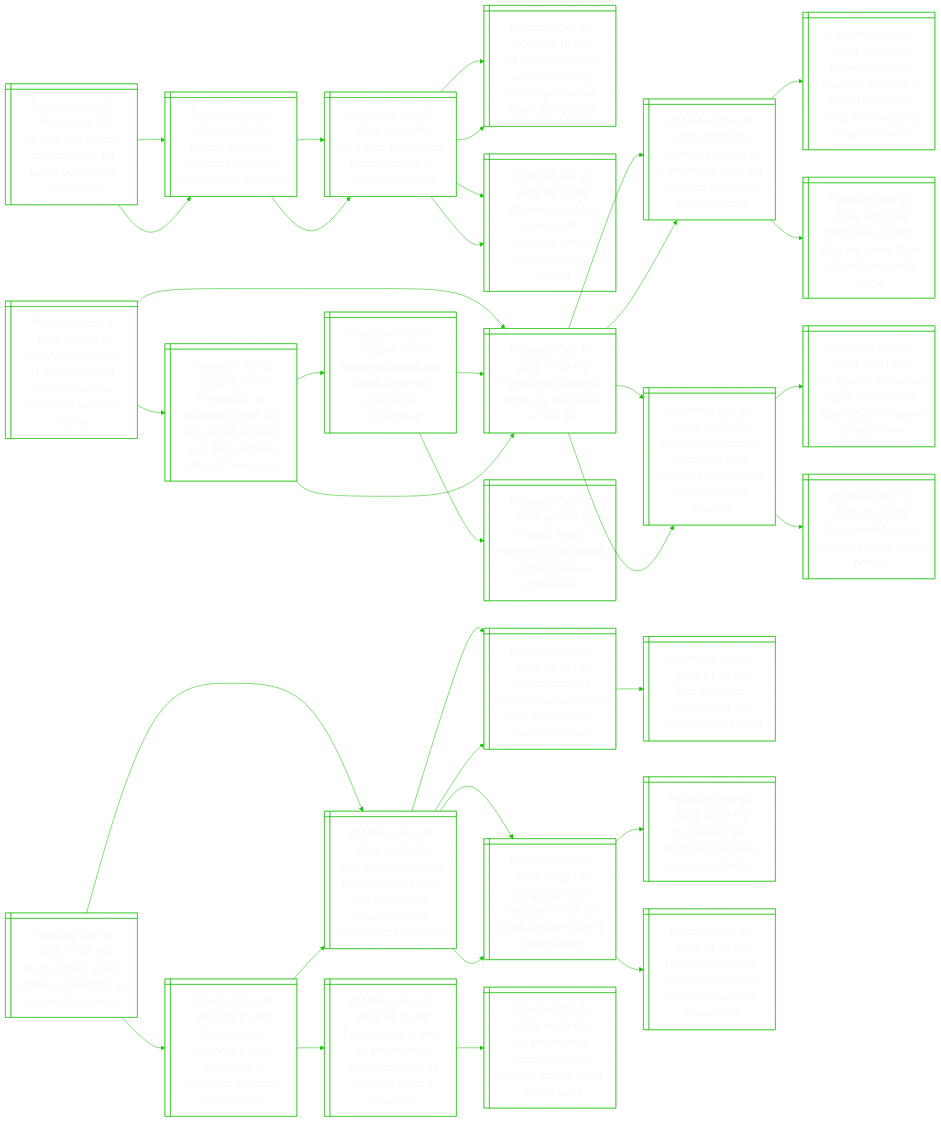
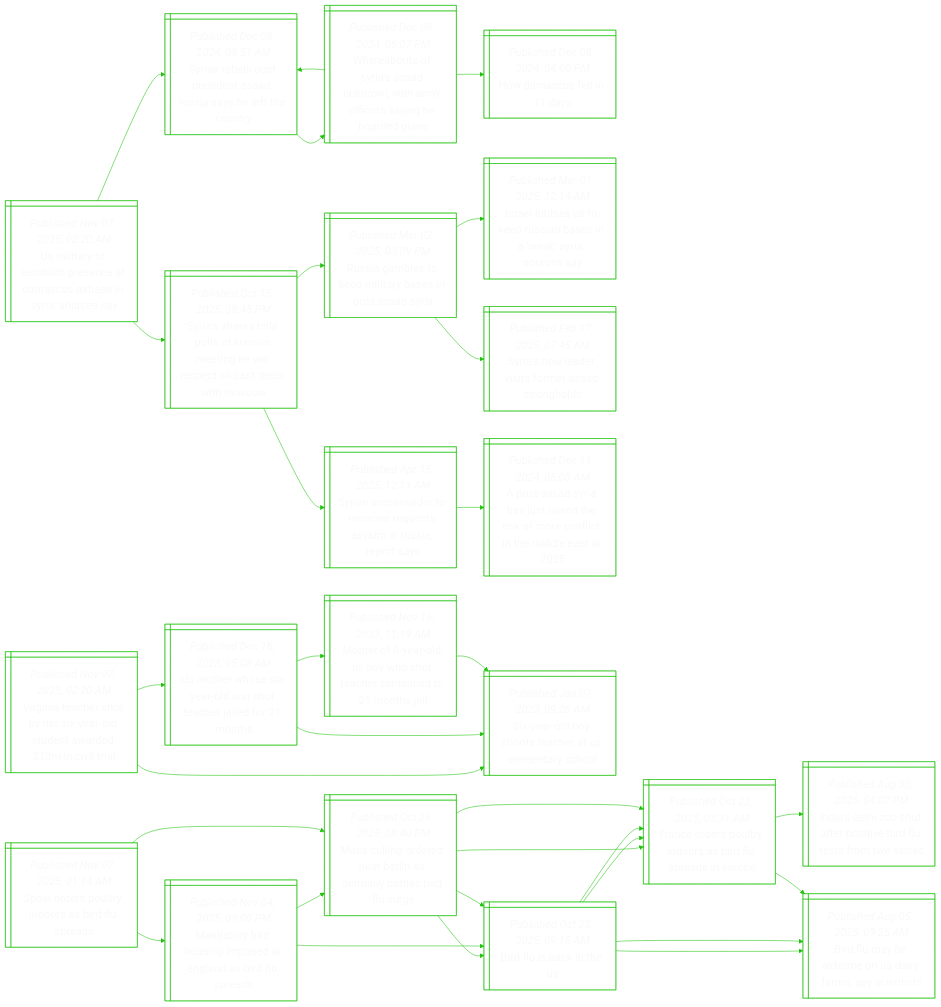
Before and after one commit to notJmes/notJmes: the diagram in README.md, drawn with Mermaid. The commit also changed other lines of this file, not shown here.

````diff
--- a/README.md
+++ b/README.md
@@ -16,118 +16,103 @@
 flowchart LR
 classDef txtsize font-size:20px;
 
-UnlsoririWrci@{ shape: win-pane, label: "_Published Nov 06, 2025, 11:21 PM_
-Ukraine jails russian soldier for life for killing pow in first such ruling" }
-RatlcUnrewC@{ shape: win-pane, label: "_Published Sep 26, 2025, 01:22 AM_
-Russia ‘arbitrarily’ executes ukrainian prisoners of war: osce" }
-Umtisoersl@{ shape: win-pane, label: "_Published Sep 23, 2025, 10:17 PM_
-Un slams ‘systematic’ russian torture of ukraine’s civilians" }
-Unlysregsniak@{ shape: win-pane, label: "_Published Sep 21, 2025, 12:18 AM_
-Ukraine’s zelensky plans new trump meeting as russia intensifies attacks" }
-Unstilaciaarn@{ shape: win-pane, label: "_Published Sep 23, 2025, 09:27 PM_
-Ukraine says it hit russian oil infrastructure in bryansk, samara regions" }
-RatlcUnrewC@{ shape: win-pane, label: "_Published Sep 26, 2025, 01:22 AM_
-Russia ‘arbitrarily’ executes ukrainian prisoners of war: osce" }
-Umtisoersl@{ shape: win-pane, label: "_Published Sep 23, 2025, 10:17 PM_
-Un slams ‘systematic’ russian torture of ukraine’s civilians" }
-Unlysregsniak@{ shape: win-pane, label: "_Published Sep 21, 2025, 12:18 AM_
-Ukraine’s zelensky plans new trump meeting as russia intensifies attacks" }
-Unstilaciaarn@{ shape: win-pane, label: "_Published Sep 23, 2025, 09:27 PM_
-Ukraine says it hit russian oil infrastructure in bryansk, samara regions" }
+Uitahetsierus@{ shape: win-pane, label: "_Published Nov 07, 2025, 02:20 AM_
+Us military to establish presence at damascus airbase in syria, sources say" }
+SnltiARahtoy@{ shape: win-pane, label: "_Published Dec 08, 2024, 08:51 AM_
+Syrian rebels oust president assad; russia says he left the country" }
+Wasrsnnafriben@{ shape: win-pane, label: "_Published Dec 08, 2024, 06:07 PM_
+Whereabouts of syria's assad unknown, with army officers saying he boarded plane" }
+SnltiARahtoy@{ shape: win-pane, label: "_Published Dec 08, 2024, 08:51 AM_
+Syrian rebels oust president assad; russia says he left the country" }
+Hmsis@{ shape: win-pane, label: "_Published Dec 08, 2024, 04:00 PM_
+How damascus fell in 11 days" }
+Ssalirniwetaatc@{ shape: win-pane, label: "_Published Oct 15, 2025, 08:45 PM_
+Syria’s sharaa tells putin at kremlin meeting he will respect all past deals with moscow" }
+Ralkireosr@{ shape: win-pane, label: "_Published Mar 02, 2025, 03:09 PM_
+Russia gambles to keep military bases in post-assad syria" }
+IlitpisaSse@{ shape: win-pane, label: "_Published Mar 01, 2025, 12:14 AM_
+Israel lobbies us to keep russian bases in a ‘weak’ syria, sources say" }
+Ssevseaol@{ shape: win-pane, label: "_Published Feb 17, 2025, 07:45 AM_
+Syria’s new leader visits former assad strongholds" }
+SnsrsetlRars@{ shape: win-pane, label: "_Published Apr 15, 2025, 12:11 AM_
+Syrian ambassador to moscow requests asylum in russia, report says" }
+AAShsseoelniEn@{ shape: win-pane, label: "_Published Dec 11, 2024, 05:00 AM_
+A post-assad syria has just raised the risk of more conflict in the middle east in 2025" }
 
-UnlsoririWrci:::txtsize --> RatlcUnrewC:::txtsize
-RatlcUnrewC:::txtsize --> Umtisoersl:::txtsize
-Umtisoersl:::txtsize --> Unlysregsniak:::txtsize
-Umtisoersl:::txtsize --> Unstilaciaarn:::txtsize
-UnlsoririWrci:::txtsize --> RatlcUnrewC:::txtsize
-RatlcUnrewC:::txtsize --> Umtisoersl:::txtsize
-Umtisoersl:::txtsize --> Unlysregsniak:::txtsize
-Umtisoersl:::txtsize --> Unstilaciaarn:::txtsize
+Uitahetsierus:::txtsize --> SnltiARahtoy:::txtsize
+SnltiARahtoy:::txtsize --> Wasrsnnafriben:::txtsize
+Wasrsnnafriben:::txtsize --> SnltiARahtoy:::txtsize
+Wasrsnnafriben:::txtsize --> Hmsis:::txtsize
+Uitahetsierus:::txtsize --> Ssalirniwetaatc:::txtsize
+Ssalirniwetaatc:::txtsize --> Ralkireosr:::txtsize
+Ralkireosr:::txtsize --> IlitpisaSse:::txtsize
+Ralkireosr:::txtsize --> Ssevseaol:::txtsize
+Ssalirniwetaatc:::txtsize --> SnsrsetlRars:::txtsize
+SnsrsetlRars:::txtsize --> AAShsseoelniEn:::txtsize
 
-BsnhnSfeIeeoeh@{ shape: win-pane, label: "_Published Nov 06, 2025, 11:15 PM_
-British grandmother lindsay sandiford leaves indonesia death row to return home" }
-FiIeeoeew@{ shape: win-pane, label: "_Published Dec 17, 2024, 11:51 PM_
-Filipina on indonesia death row flies home to ‘new life’" }
-IegtnFiawcchln@{ shape: win-pane, label: "_Published Nov 20, 2024, 08:05 PM_
-Indonesia agrees to transfer filipina death row drug convict to the philippines" }
-Sahursnhpfllggcn@{ shape: win-pane, label: "_Published Sep 28, 2023, 12:42 PM_
-S’porean mother, daughter arrested in the philippines for allegedly smuggling 14kg of cocaine" }
-PpSegrundDtw@{ shape: win-pane, label: "_Published Nov 02, 2024, 10:00 AM_
-Philippine senate’s drug war probe turns into rodrigo duterte show" }
-FiIeeosnartlnie@{ shape: win-pane, label: "_Published Dec 13, 2024, 04:49 PM_
-Filipina on indonesia death row says planned transfer back to philippines a ‘miracle’" }
-PpsnaoaftiFidr@{ shape: win-pane, label: "_Published Dec 06, 2024, 10:41 AM_
-Philippines, indonesia agree on details of repatriation of filipina on death row" }
-Freaegehl@{ shape: win-pane, label: "_Published Sep 17, 2024, 05:55 PM_
-Four arrested in bali over drugs face death penalty" }
-Fhnndrrsrrocldpn@{ shape: win-pane, label: "_Published Jul 18, 2025, 06:47 PM_
-Frenchman on indonesia death row for almost 20 years over drug offences released from prison" }
-Ieaveeosfpa@{ shape: win-pane, label: "_Published Feb 04, 2025, 08:45 PM_
-Indonesia hands over french death row prisoner for repatriation" }
-FiIeeoeew@{ shape: win-pane, label: "_Published Dec 17, 2024, 11:51 PM_
-Filipina on indonesia death row flies home to ‘new life’" }
-Fiaxensrhnie@{ shape: win-pane, label: "_Published Dec 18, 2024, 08:15 AM_
-Filipina nearly executed in indonesia arrives home in philippines" }
-FiIeeoeew@{ shape: win-pane, label: "_Published Dec 17, 2024, 11:51 PM_
-Filipina on indonesia death row flies home to ‘new life’" }
-IegtnFiawcchln@{ shape: win-pane, label: "_Published Nov 20, 2024, 08:05 PM_
-Indonesia agrees to transfer filipina death row drug convict to the philippines" }
-FiIeeosnartlnie@{ shape: win-pane, label: "_Published Dec 13, 2024, 04:49 PM_
-Filipina on indonesia death row says planned transfer back to philippines a ‘miracle’" }
+Vnasyirttdnll@{ shape: win-pane, label: "_Published Nov 07, 2025, 02:20 AM_
+Virginia teacher shot by her six-year-old student awarded $13m in civil trial" }
+Saboerensl@{ shape: win-pane, label: "_Published Jan 07, 2023, 09:26 AM_
+Six-year-old boy shoots teacher at us elementary school" }
+Uhoxontelrh@{ shape: win-pane, label: "_Published Dec 16, 2023, 05:08 AM_
+Us mother whose six-year-old son shot teacher jailed for 21 months" }
+Saboerensl@{ shape: win-pane, label: "_Published Jan 07, 2023, 09:26 AM_
+Six-year-old boy shoots teacher at us elementary school" }
+MraUwocecms@{ shape: win-pane, label: "_Published Nov 16, 2023, 11:19 AM_
+Mother of 6-year-old us boy who shot teacher sentenced to 21 months jail" }
+Saboerensl@{ shape: win-pane, label: "_Published Jan 07, 2023, 09:26 AM_
+Six-year-old boy shoots teacher at us elementary school" }
 
-BsnhnSfeIeeoeh:::txtsize --> FiIeeoeew:::txtsize
-FiIeeoeew:::txtsize --> IegtnFiawcchln:::txtsize
-IegtnFiawcchln:::txtsize --> Sahursnhpfllggcn:::txtsize
-IegtnFiawcchln:::txtsize --> PpSegrundDtw:::txtsize
-FiIeeoeew:::txtsize --> FiIeeosnartlnie:::txtsize
-FiIeeosnartlnie:::txtsize --> PpsnaoaftiFidr:::txtsize
-FiIeeosnartlnie:::txtsize --> Freaegehl:::txtsize
-BsnhnSfeIeeoeh:::txtsize --> Fhnndrrsrrocldpn:::txtsize
-Fhnndrrsrrocldpn:::txtsize --> Ieaveeosfpa:::txtsize
-Ieaveeosfpa:::txtsize --> FiIeeoeew:::txtsize
-Ieaveeosfpa:::txtsize --> Fiaxensrhnie:::txtsize
-Fhnndrrsrrocldpn:::txtsize --> FiIeeoeew:::txtsize
-FiIeeoeew:::txtsize --> IegtnFiawcchln:::txtsize
-FiIeeoeew:::txtsize --> FiIeeosnartlnie:::txtsize
+Vnasyirttdnll:::txtsize --> Saboerensl:::txtsize
+Vnasyirttdnll:::txtsize --> Uhoxontelrh:::txtsize
+Uhoxontelrh:::txtsize --> Saboerensl:::txtsize
+Uhoxontelrh:::txtsize --> MraUwocecms:::txtsize
+MraUwocecms:::txtsize --> Saboerensl:::txtsize
 
-Utsanritlss@{ shape: win-pane, label: "_Published Nov 06, 2025, 11:05 PM_
-Us shutdown sends airlines scrambling as travel chaos looms" }
-TaitroguaSouomhw@{ shape: win-pane, label: "_Published Nov 06, 2025, 06:35 AM_
-Trump administration orders 10% of flights cut at major us airports due to government shutdown" }
-Ueniunmaayat@{ shape: win-pane, label: "_Published Oct 01, 2025, 12:02 PM_
-Us government begins shutdown that may lead to mass layoffs and cuts" }
-TsSrtpbun@{ shape: win-pane, label: "_Published Oct 01, 2025, 01:49 AM_
-Trump says us government will ‘probably’ shut down" }
-Lsounsrfakni@{ shape: win-pane, label: "_Published Nov 05, 2025, 04:22 PM_
-Longest us govt shutdown tests air travel, federal workers and patience" }
-Uentbegno@{ shape: win-pane, label: "_Published Nov 05, 2025, 02:27 PM_
-Us government shutdown becomes longest in history" }
-Unnagnsotcaa@{ shape: win-pane, label: "_Published Oct 30, 2025, 11:50 AM_
-Us economy in the dark as government shutdown cuts off crucial data" }
-Tbscaomhwoot@{ shape: win-pane, label: "_Published Nov 06, 2025, 07:21 AM_
-Trump blasts democrats as us government shutdown becomes longest ever" }
-TaitroguaSouomhw@{ shape: win-pane, label: "_Published Nov 06, 2025, 06:35 AM_
-Trump administration orders 10% of flights cut at major us airports due to government shutdown" }
-Ueniunmaayat@{ shape: win-pane, label: "_Published Oct 01, 2025, 12:02 PM_
-Us government begins shutdown that may lead to mass layoffs and cuts" }
-Lsounsrfakni@{ shape: win-pane, label: "_Published Nov 05, 2025, 04:22 PM_
-Longest us govt shutdown tests air travel, federal workers and patience" }
-Frmognsonpewei@{ shape: win-pane, label: "_Published Nov 04, 2025, 08:32 AM_
-For first time in long us government shutdown, hints of progress toward reopening" }
-Uentesnknih@{ shape: win-pane, label: "_Published Oct 06, 2025, 09:01 PM_
-Us government shutdown enters second week with no end in sight" }
+Sostdadps@{ shape: win-pane, label: "_Published Nov 07, 2025, 01:14 AM_
+Spain orders poultry indoors as bird flu spreads" }
+Mtiuiendrsd@{ shape: win-pane, label: "_Published Nov 04, 2025, 09:00 PM_
+Mandatory bird housing imposed in england as bird flu spreads" }
+MugralGntiue@{ shape: win-pane, label: "_Published Oct 26, 2025, 08:40 PM_
+Mass culling ordered near berlin as germany battles bird flu surge" }
+Blat@{ shape: win-pane, label: "_Published Oct 23, 2025, 09:15 AM_
+Bird flu is back in the us" }
+Ferlnsrsdu@{ shape: win-pane, label: "_Published Oct 22, 2025, 03:31 AM_
+France orders poultry indoors as bird flu spreads in europe" }
+Blat@{ shape: win-pane, label: "_Published Oct 23, 2025, 09:15 AM_
+Bird flu is back in the us" }
+Ferlnsrsdu@{ shape: win-pane, label: "_Published Oct 22, 2025, 03:31 AM_
+France orders poultry indoors as bird flu spreads in europe" }
+Blbboaaaet@{ shape: win-pane, label: "_Published Aug 05, 2025, 09:25 AM_
+Bird flu may be airborne on us dairy farms, say scientists" }
+MugralGntiue@{ shape: win-pane, label: "_Published Oct 26, 2025, 08:40 PM_
+Mass culling ordered near berlin as germany battles bird flu surge" }
+Blat@{ shape: win-pane, label: "_Published Oct 23, 2025, 09:15 AM_
+Bird flu is back in the us" }
+Ferlnsrsdu@{ shape: win-pane, label: "_Published Oct 22, 2025, 03:31 AM_
+France orders poultry indoors as bird flu spreads in europe" }
+Blbboaaaet@{ shape: win-pane, label: "_Published Aug 05, 2025, 09:25 AM_
+Bird flu may be airborne on us dairy farms, say scientists" }
+Ferlnsrsdu@{ shape: win-pane, label: "_Published Oct 22, 2025, 03:31 AM_
+France orders poultry indoors as bird flu spreads in europe" }
+Isihtsefsoss@{ shape: win-pane, label: "_Published Aug 30, 2025, 04:07 PM_
+India’s delhi zoo shut after positive bird flu tests from two storks" }
+Blbboaaaet@{ shape: win-pane, label: "_Published Aug 05, 2025, 09:25 AM_
+Bird flu may be airborne on us dairy farms, say scientists" }
 
-Utsanritlss:::txtsize --> TaitroguaSouomhw:::txtsize
-TaitroguaSouomhw:::txtsize --> Ueniunmaayat:::txtsize
-Ueniunmaayat:::txtsize --> TsSrtpbun:::txtsize
-TaitroguaSouomhw:::txtsize --> Lsounsrfakni:::txtsize
-Lsounsrfakni:::txtsize --> Uentbegno:::txtsize
-Lsounsrfakni:::txtsize --> Unnagnsotcaa:::txtsize
-Utsanritlss:::txtsize --> Tbscaomhwoot:::txtsize
-Tbscaomhwoot:::txtsize --> TaitroguaSouomhw:::txtsize
-TaitroguaSouomhw:::txtsize --> Ueniunmaayat:::txtsize
-TaitroguaSouomhw:::txtsize --> Lsounsrfakni:::txtsize
-Tbscaomhwoot:::txtsize --> Frmognsonpewei:::txtsize
-Frmognsonpewei:::txtsize --> Uentesnknih:::txtsize
+Sostdadps:::txtsize --> Mtiuiendrsd:::txtsize
+Mtiuiendrsd:::txtsize --> MugralGntiue:::txtsize
+MugralGntiue:::txtsize --> Blat:::txtsize
+MugralGntiue:::txtsize --> Ferlnsrsdu:::txtsize
+Mtiuiendrsd:::txtsize --> Blat:::txtsize
+Blat:::txtsize --> Ferlnsrsdu:::txtsize
+Blat:::txtsize --> Blbboaaaet:::txtsize
+Sostdadps:::txtsize --> MugralGntiue:::txtsize
+MugralGntiue:::txtsize --> Blat:::txtsize
+Blat:::txtsize --> Ferlnsrsdu:::txtsize
+Blat:::txtsize --> Blbboaaaet:::txtsize
+MugralGntiue:::txtsize --> Ferlnsrsdu:::txtsize
+Ferlnsrsdu:::txtsize --> Isihtsefsoss:::txtsize
+Ferlnsrsdu:::txtsize --> Blbboaaaet:::txtsize
 
 ```
````
